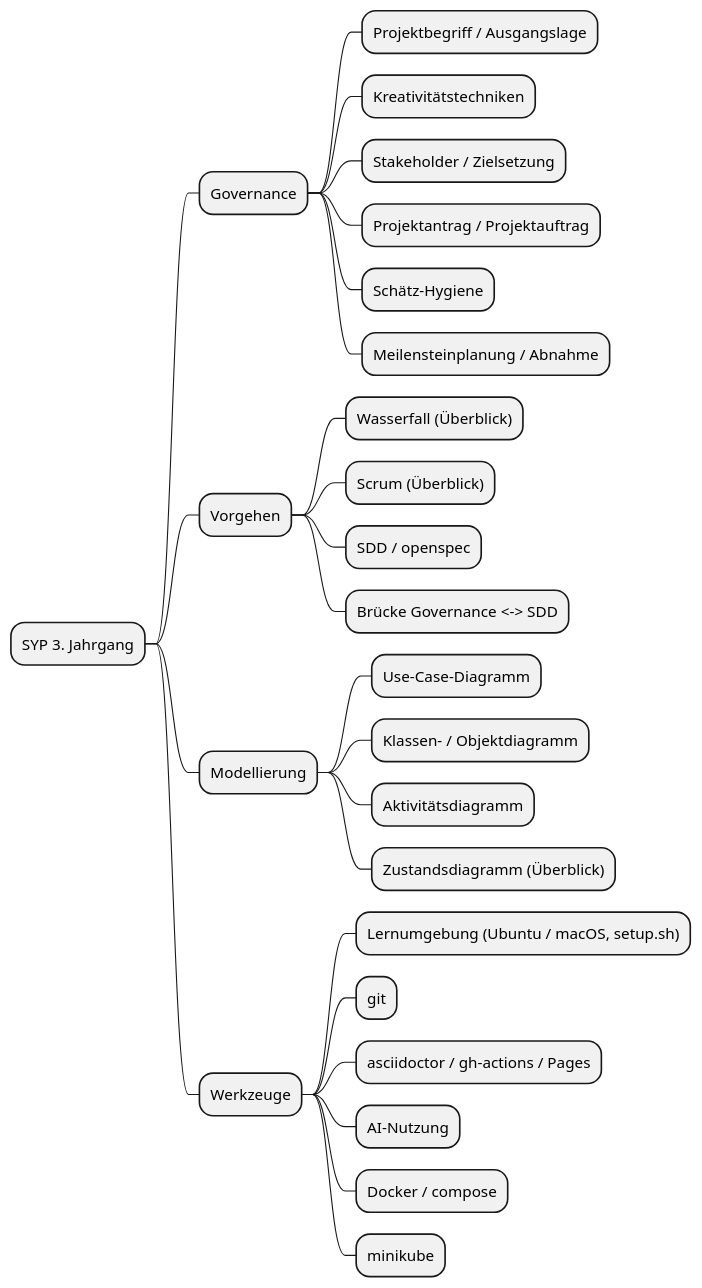
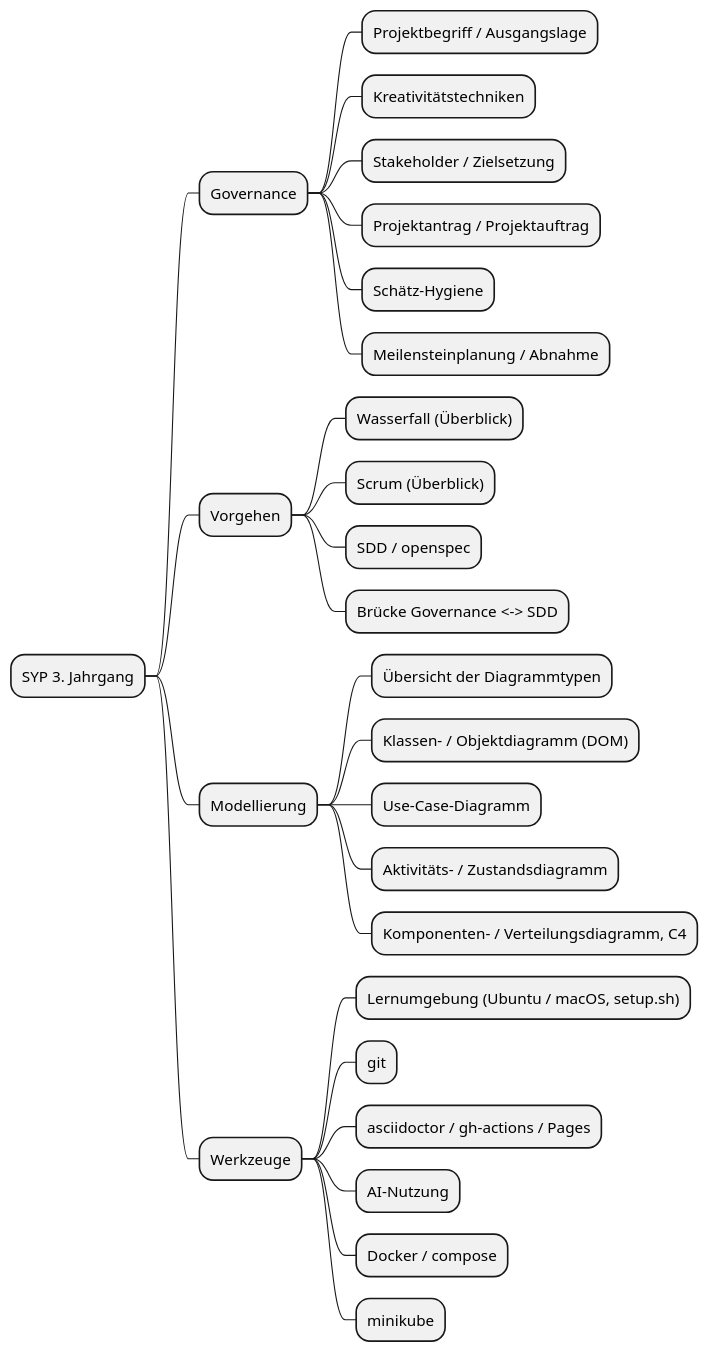
The second of 2 diagrams in openspec/changes/define-syp3-curriculum/design.md (htl-leonding-college/curriculum-syp3), drawn with PlantUML before and after one commit. The commit also changed other lines of this file and 3 other files, not shown here.

First line of the commit message:
docs(openspec): record decisions on process-model slides, UML cut and L18

````diff
--- a/openspec/changes/define-syp3-curriculum/design.md
+++ b/openspec/changes/define-syp3-curriculum/design.md
@@ -347,29 +468,30 @@
 ```plantuml
 @startmindmap
 * SYP 3. Jahrgang
 ** Governance
 *** Projektbegriff / Ausgangslage
 *** Kreativitätstechniken
 *** Stakeholder / Zielsetzung
 *** Projektantrag / Projektauftrag
 *** Schätz-Hygiene
 *** Meilensteinplanung / Abnahme
 ** Vorgehen
 *** Wasserfall (Überblick)
 *** Scrum (Überblick)
 *** SDD / openspec
 *** Brücke Governance <-> SDD
 ** Modellierung
+*** Übersicht der Diagrammtypen
+*** Klassen- / Objektdiagramm (DOM)
 *** Use-Case-Diagramm
-*** Klassen- / Objektdiagramm
-*** Aktivitätsdiagramm
-*** Zustandsdiagramm (Überblick)
+*** Aktivitäts- / Zustandsdiagramm
+*** Komponenten- / Verteilungsdiagramm, C4
 ** Werkzeuge
 *** Lernumgebung (Ubuntu / macOS, setup.sh)
 *** git
 *** asciidoctor / gh-actions / Pages
 *** AI-Nutzung
 *** Docker / compose
 *** minikube
 @endmindmap
 ```
````
